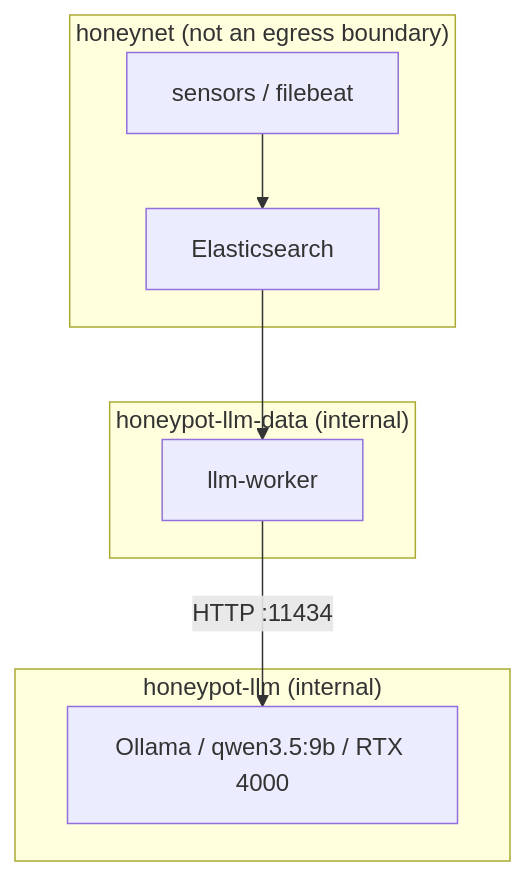
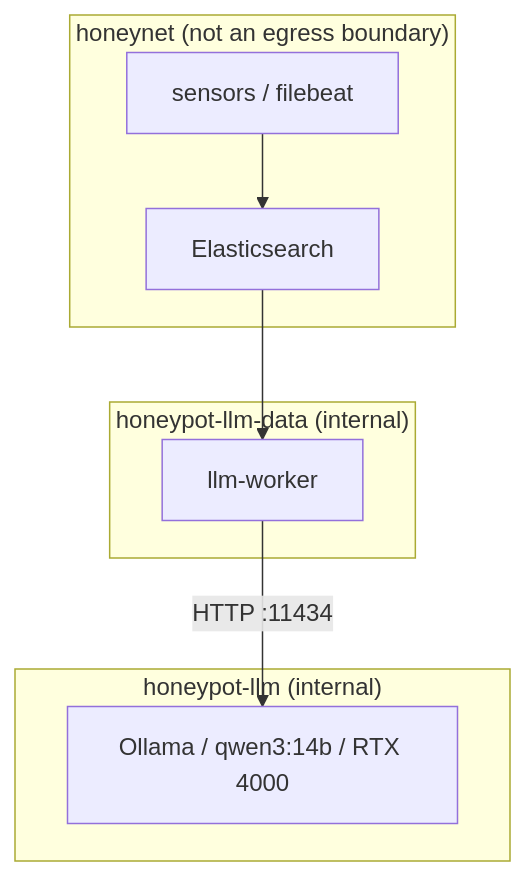
The diagram in docs/gpu-llm-analysis-worker.md (Xore/APIARY), drawn with Mermaid before and after one commit. The commit also changed other lines of this file and 17 other files, not shown here.

````diff
--- a/docs/gpu-llm-analysis-worker.md
+++ b/docs/gpu-llm-analysis-worker.md
@@ -147,17 +147,17 @@
 ```mermaid
 flowchart TD
     subgraph honeynet["honeynet (not an egress boundary)"]
         Sensors["sensors / filebeat"]
         ES["Elasticsearch"]
         Sensors --> ES
     end
     subgraph datanet["honeypot-llm-data (internal)"]
         Worker["llm-worker"]
     end
     subgraph llmnet["honeypot-llm (internal)"]
-        Ollama["Ollama / qwen3.5:9b / RTX 4000"]
+        Ollama["Ollama / qwen3:14b / RTX 4000"]
     end
 
     ES --> Worker
     Worker -->|"HTTP :11434"| Ollama
 ```
````
